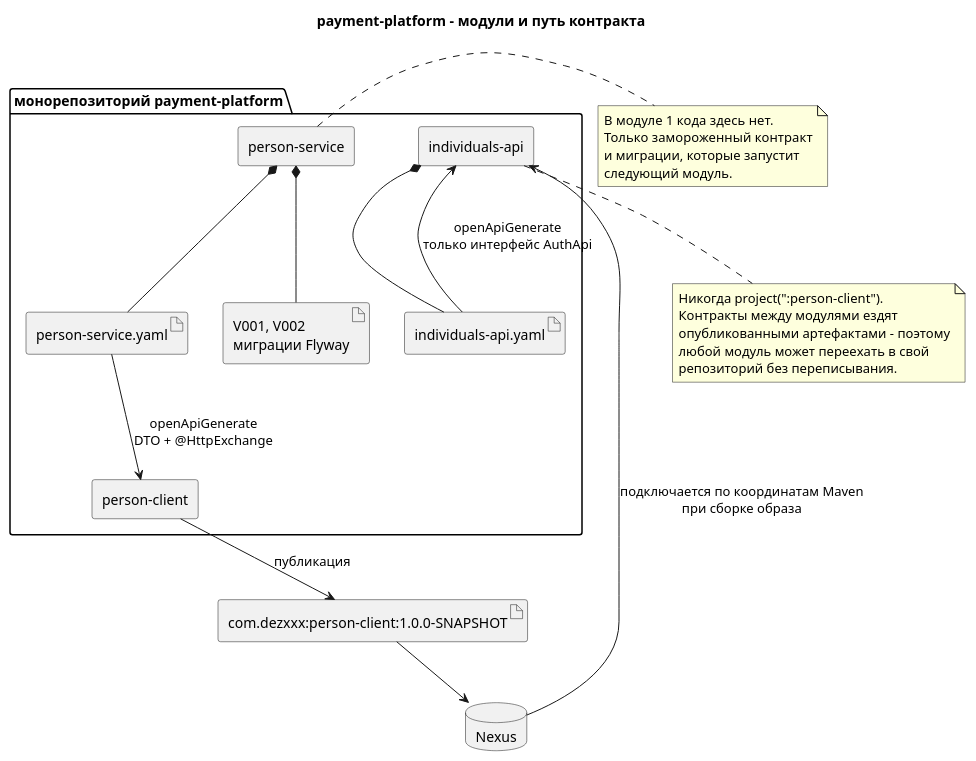
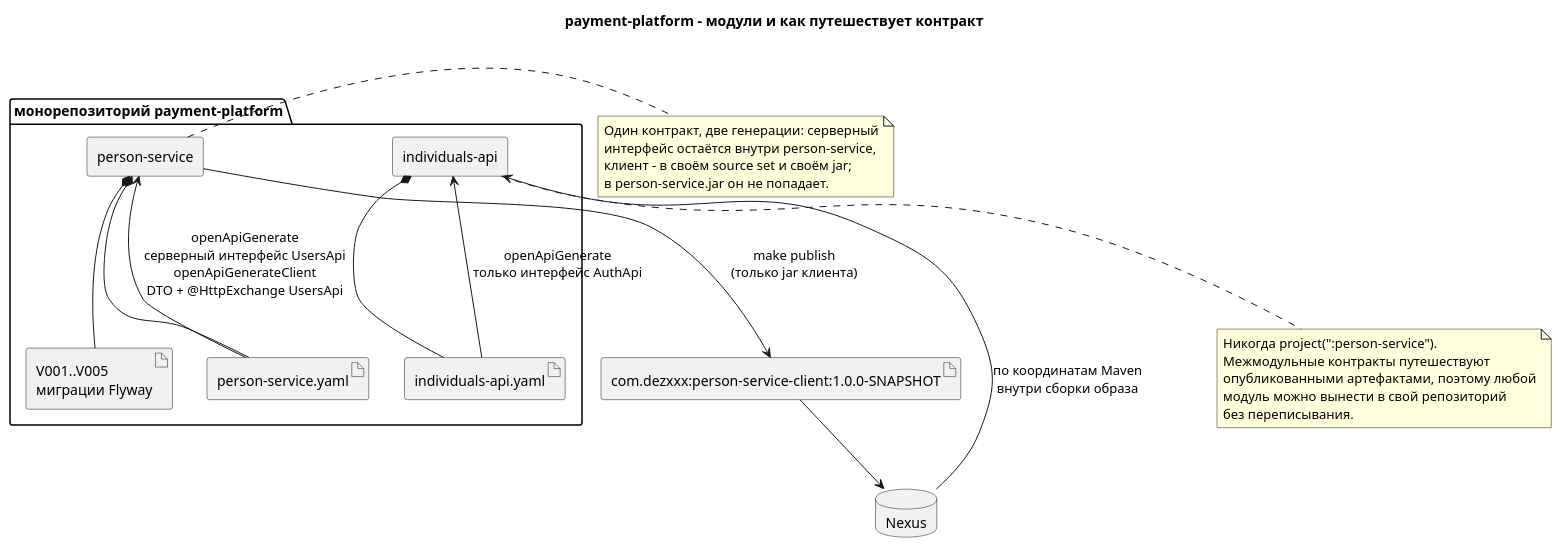
The diagram in docs/puml-ru/component.puml (dezxxx/payment-platform), drawn with PlantUML before and after one commit. The commit also changed 16 other files, not shown here.

Commit message:
docs: describe person-service, the client and compensation

```diff
--- a/docs/puml-ru/component.puml
+++ b/docs/puml-ru/component.puml
@@ -1,45 +1,44 @@
 @startuml component
-title payment-platform - модули и путь контракта
+title payment-platform - модули и как путешествует контракт
 
 skinparam componentStyle rectangle
 skinparam shadowing false
 
 package "монорепозиторий payment-platform" {
   component "person-service" as PS
-  component "person-client" as PC
   component "individuals-api" as API
 
   artifact "person-service.yaml" as PSY
   artifact "individuals-api.yaml" as IAY
-  artifact "V001, V002\nмиграции Flyway" as MIG
+  artifact "V001..V005\nмиграции Flyway" as MIG
 }
 
 database "Nexus" as NEXUS
-artifact "com.dezxxx:person-client:1.0.0-SNAPSHOT" as PCJ
+artifact "com.dezxxx:person-service-client:1.0.0-SNAPSHOT" as PCJ
 
 PS *-- PSY
 PS *-- MIG
 API *-- IAY
 
-PSY --> PC : openApiGenerate\nDTO + @HttpExchange
+PSY --> PS : openApiGenerate\nсерверный интерфейс UsersApi\nopenApiGenerateClient\nDTO + @HttpExchange UsersApi
 IAY --> API : openApiGenerate\nтолько интерфейс AuthApi
-PC --> PCJ : публикация
+PS --> PCJ : make publish\n(только jar клиента)
 PCJ --> NEXUS
-NEXUS --> API : подключается по координатам Maven\nпри сборке образа
+NEXUS --> API : по координатам Maven\nвнутри сборки образа
 
 note bottom of API
-  Никогда project(":person-client").
-  Контракты между модулями ездят
-  опубликованными артефактами - поэтому
-  любой модуль может переехать в свой
-  репозиторий без переписывания.
+  Никогда project(":person-service").
+  Межмодульные контракты путешествуют
+  опубликованными артефактами, поэтому любой
+  модуль можно вынести в свой репозиторий
+  без переписывания.
 end note
 
 note right of PS
-  В модуле 1 кода здесь нет.
-  Только замороженный контракт
-  и миграции, которые запустит
-  следующий модуль.
+  Один контракт, две генерации: серверный
+  интерфейс остаётся внутри person-service,
+  клиент - в своём source set и своём jar;
+  в person-service.jar он не попадает.
 end note
 
 @enduml
```
